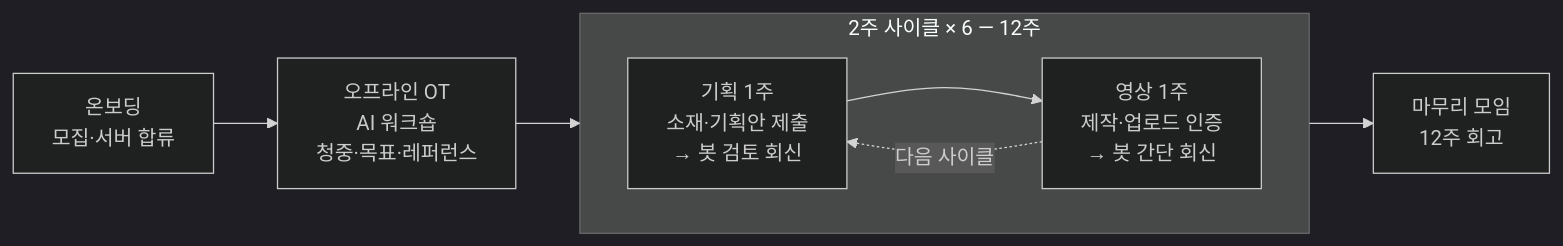
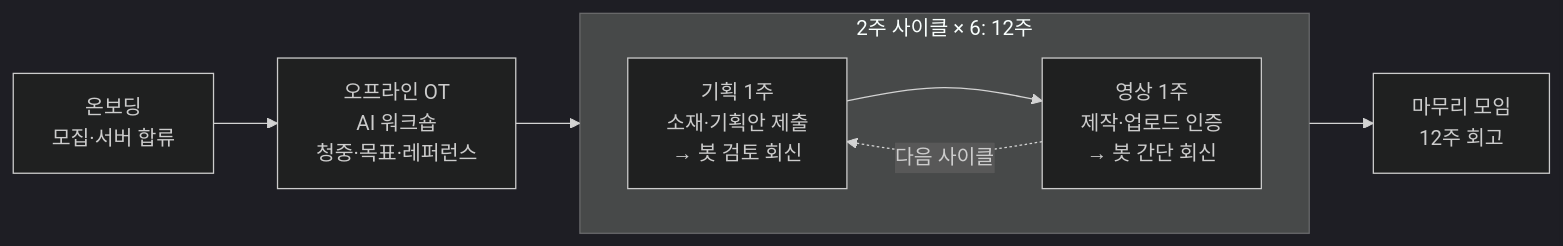
One commit to ggplab/youtube-challenge changed the diagram in README.md. Above: the diagram before and after it, drawn with Mermaid (dark theme). The commit also changed other lines of this file and 5 other files, not shown here.

````diff
--- a/README.md
+++ b/README.md
@@ -23,11 +23,11 @@
 ```mermaid
 flowchart LR
     A[온보딩<br/>모집·서버 합류] --> B[오프라인 OT<br/>AI 워크숍<br/>청중·목표·레퍼런스]
     B --> C
-    subgraph C[2주 사이클 × 6 — 12주]
+    subgraph C[2주 사이클 × 6: 12주]
         direction LR
         P[기획 1주<br/>소재·기획안 제출<br/>→ 봇 검토 회신] --> V[영상 1주<br/>제작·업로드 인증<br/>→ 봇 간단 회신]
         V -.다음 사이클.-> P
     end
     C --> D[마무리 모임<br/>12주 회고]
 ```
````
